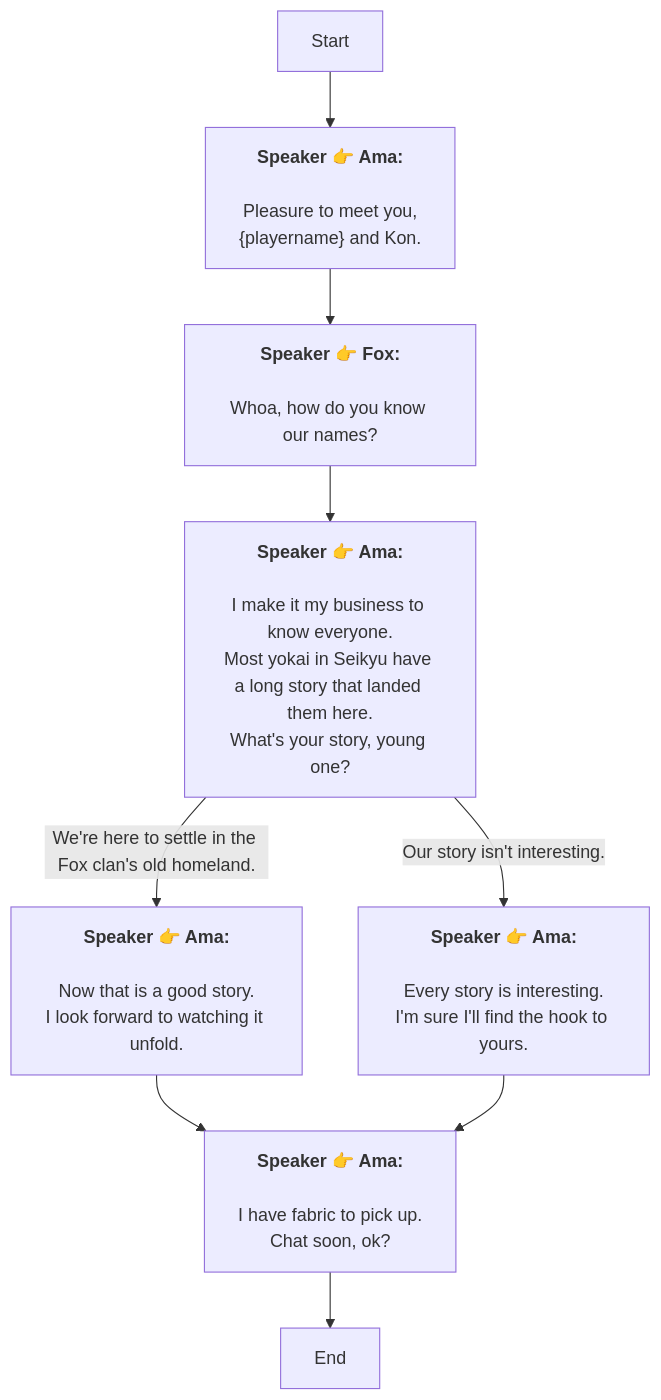
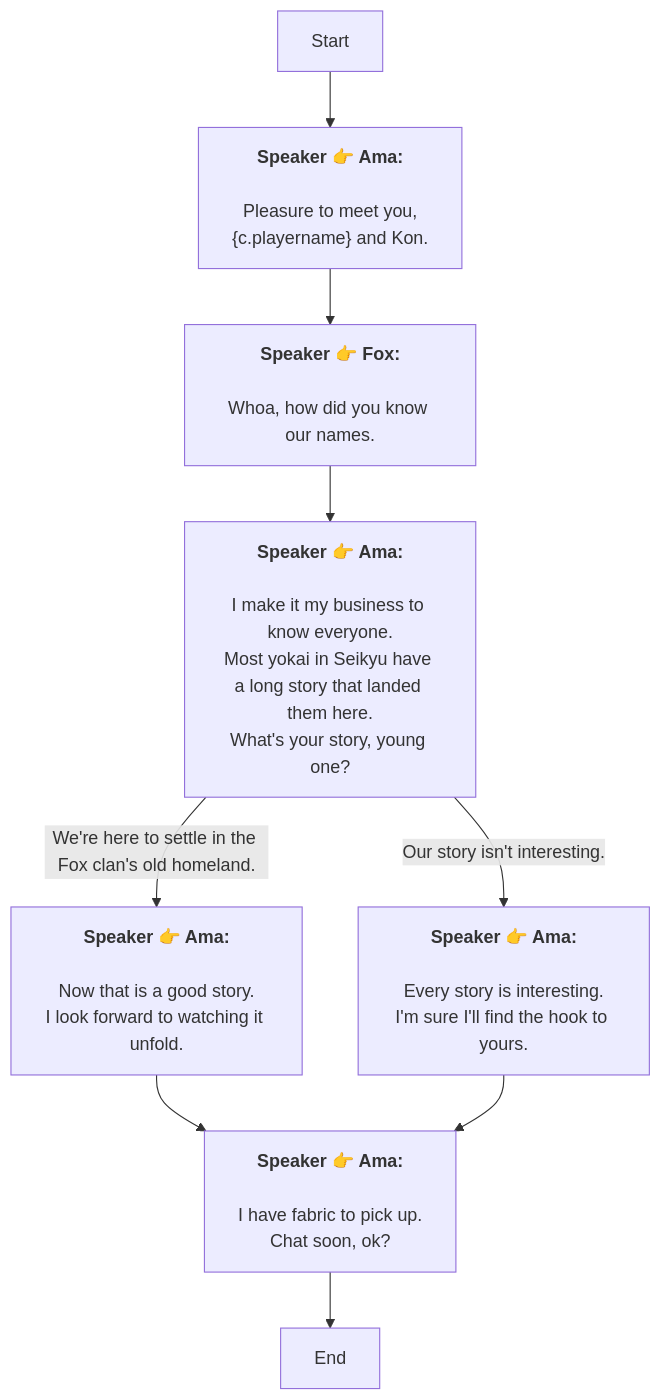
The diagram in En/AddDialogNode_1769061642492993.md (SoftHu/tos_avg), drawn with Mermaid before and after one commit. The commit also changed 410 other files, not shown here.

````diff
--- a/En/AddDialogNode_1769061642492993.md
+++ b/En/AddDialogNode_1769061642492993.md
@@ -1,24 +1,24 @@
 ```mermaid
 graph
 Start -->1769061837914180[<b>Speaker 👉 Ama:</b>
 \nPleasure to meet you, 
-&lbrace;playername&rbrace; and Kon.]
+&lbrace;c.playername&rbrace; and Kon.]
 1769061837914180 -->1769061887559749[<b>Speaker 👉 Fox:</b>
-\nWhoa, how do you know our names?]
+\nWhoa, how did you know our names.]
 1769061887559749 -->1769061907031110[<b>Speaker 👉 Ama:</b>
-\nI make it my business to know everyone.\nMost yokai in Seikyu have a long story that landed them here.\nWhat's your story, young one? ]
+\nI make it my business to know everyone.\nMost yokai in Seikyu have a long story that landed them here.\nWhat's your story, young one?]
 1769061907031110 -->|We're here to settle in the Fox clan's old homeland.|1769061974172751[<b>Speaker 👉 Ama:</b>
 \nNow that is a good story.
-I look forward to watching it unfold. ]
-1769061907031110 -->|Our story isn't interesting. |1769061991001168[<b>Speaker 👉 Ama:</b>
+I look forward to watching it unfold.]
+1769061907031110 -->|Our story isn't interesting.|1769061991001168[<b>Speaker 👉 Ama:</b>
 \nEvery story is interesting.
-I'm sure I'll find the hook to yours. ]
+I'm sure I'll find the hook to yours.]
 1769061974172751 -->1769062005501009[<b>Speaker 👉 Ama:</b>
 \nI have fabric to pick up.
-Chat soon, ok? ]
+Chat soon, ok?]
 1769062005501009 -->1769061971565646[End]
 1769061991001168 -->1769062005501009[<b>Speaker 👉 Ama:</b>
 \nI have fabric to pick up.
-Chat soon, ok? ]
+Chat soon, ok?]
 
 ```
````
